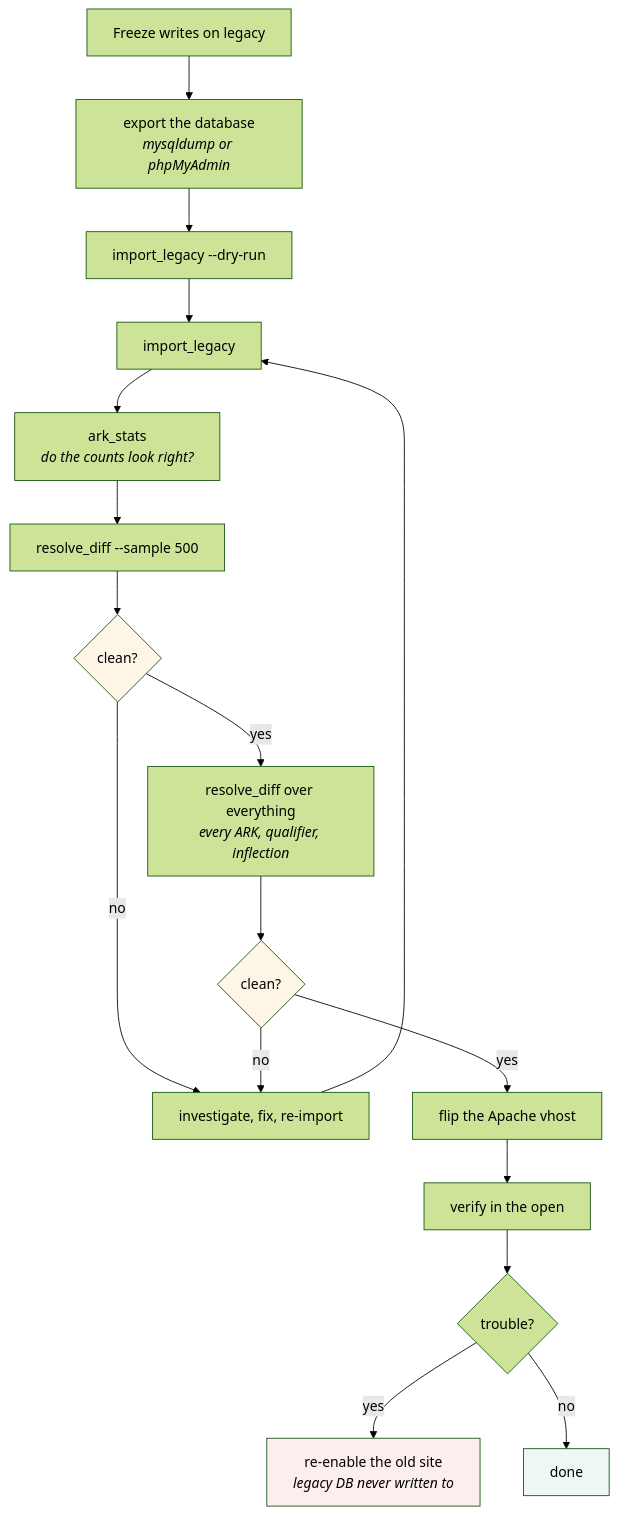
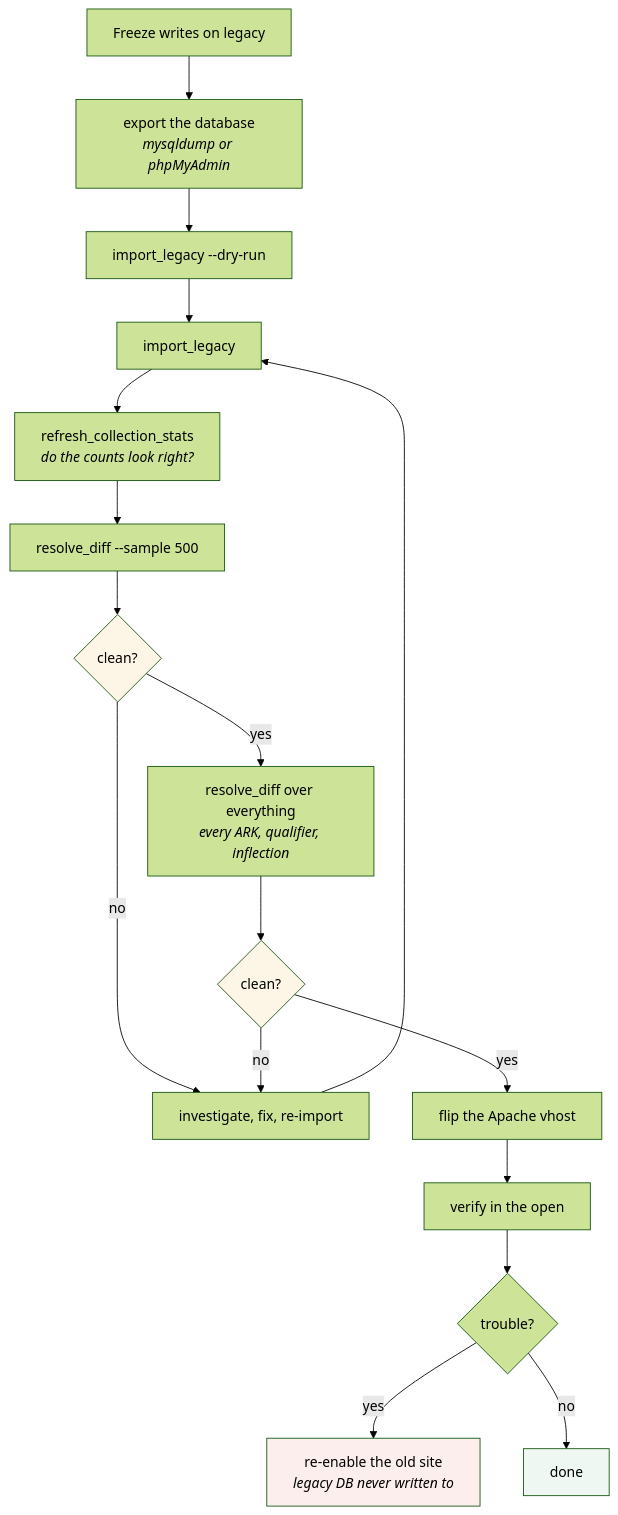
Before and after one commit to digitalutsc/arks-service: diagram 11 of 11 in docs/README_EXTENDED.md, drawn with Mermaid (forest theme). The commit also changed other lines of this file and 12 other files, not shown here.

````diff
--- a/docs/README_EXTENDED.md
+++ b/docs/README_EXTENDED.md
@@ -481,24 +483,24 @@
 ```mermaid
 flowchart TD
     A["Freeze writes on legacy"] --> B["export the database<br/><i>mysqldump or phpMyAdmin</i>"]
     B --> C["import_legacy --dry-run"]
     C --> D["import_legacy"]
-    D --> E["ark_stats<br/><i>do the counts look right?</i>"]
+    D --> E["refresh_collection_stats<br/><i>do the counts look right?</i>"]
     E --> F["resolve_diff --sample 500"]
     F --> G{"clean?"}
     G -->|no| H["investigate, fix, re-import"]
     H --> D
     G -->|yes| I["resolve_diff over everything<br/><i>every ARK, qualifier, inflection</i>"]
     I --> J{"clean?"}
     J -->|no| H
     J -->|yes| K["flip the Apache vhost"]
     K --> L["verify in the open"]
     L --> M{"trouble?"}
     M -->|yes| N["re-enable the old site<br/><i>legacy DB never written to</i>"]
     M -->|no| O["done"]
 
     style G fill:#fdf5e6
     style J fill:#fdf5e6
     style O fill:#eef7f1
     style N fill:#fdeeee
 ```
````
